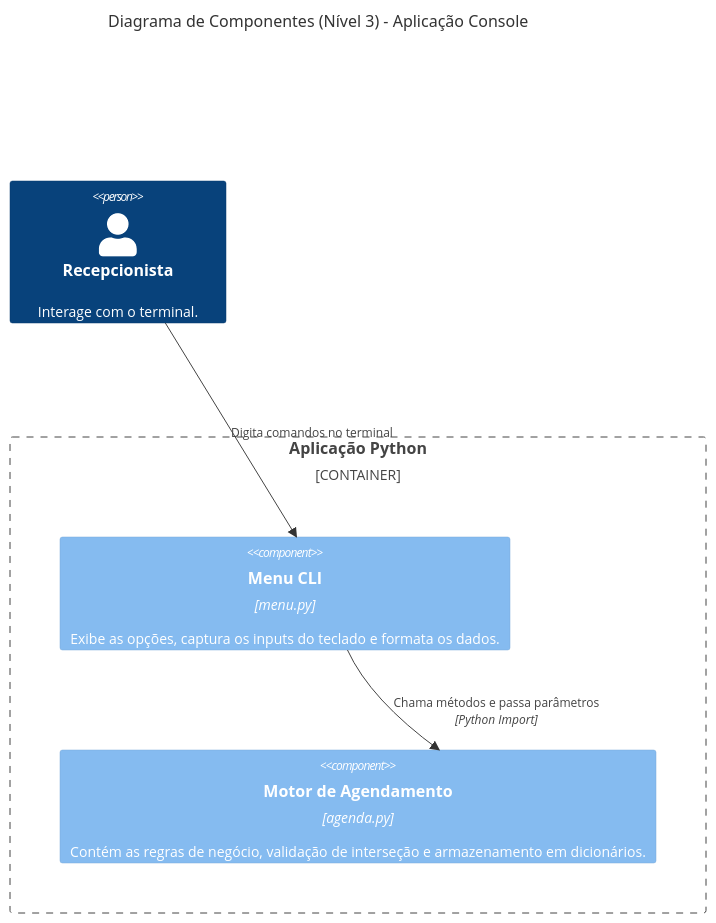
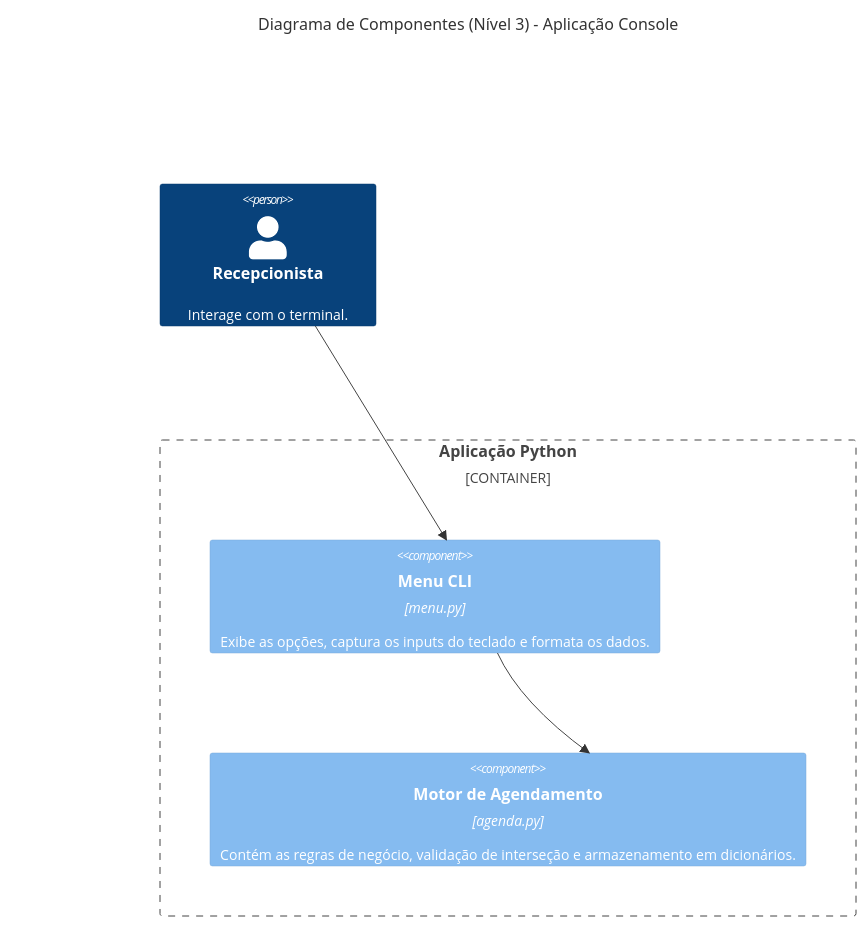
Before and after one commit to AKL77/PRD-M-dulo-de-Agendamento-Inteligente-MVP-: the second of 2 diagrams in README.md, drawn with Mermaid.

Commit message:
mermaid mais adequado

````diff
--- a/README.md
+++ b/README.md
@@ -11,14 +11,14 @@
 ```mermaid
 C4Component
     title Diagrama de Componentes (Nível 3) - Aplicação Console
     
     Person(usuario, "Recepcionista", "Interage com o terminal.")
     
     Container_Boundary(app, "Aplicação Python") {
         Component(menu, "Menu CLI", "menu.py", "Exibe as opções, captura os inputs do teclado e formata os dados.")
         Component(agenda, "Motor de Agendamento", "agenda.py", "Contém as regras de negócio, validação de interseção e armazenamento em dicionários.")
     }
 
-    Rel(usuario, menu, "Digita comandos no terminal")
-    Rel(menu, agenda, "Chama métodos e passa parâmetros", "Python Import")
+    Rel(usuario, menu, "")
+    Rel(menu, agenda, "")
 ```
````
